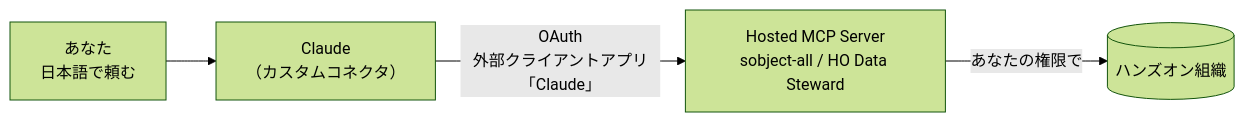
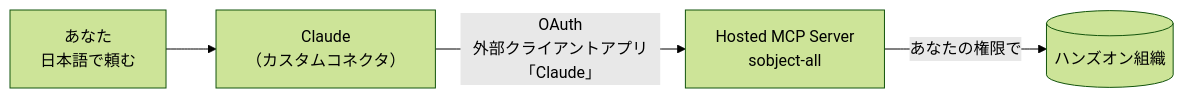
The diagram in README.md (albatrosdx/awtt-mcp), drawn with Mermaid (forest theme) before and after one commit. The commit also changed other lines of this file, not shown here.

First line of the commit message:
Use only the standard sobject-all server in the workshop

````diff
--- a/README.md
+++ b/README.md
@@ -37,6 +37,6 @@
 ```mermaid
 flowchart LR
   You["あなた<br/>日本語で頼む"] --> Claude["Claude<br/>（カスタムコネクタ）"]
-  Claude -- "OAuth<br/>外部クライアントアプリ「Claude」" --> MCP["Hosted MCP Server<br/>sobject-all / HO Data Steward"]
+  Claude -- "OAuth<br/>外部クライアントアプリ「Claude」" --> MCP["Hosted MCP Server<br/>sobject-all"]
   MCP -- "あなたの権限で" --> Org[("ハンズオン組織")]
 ```
````
